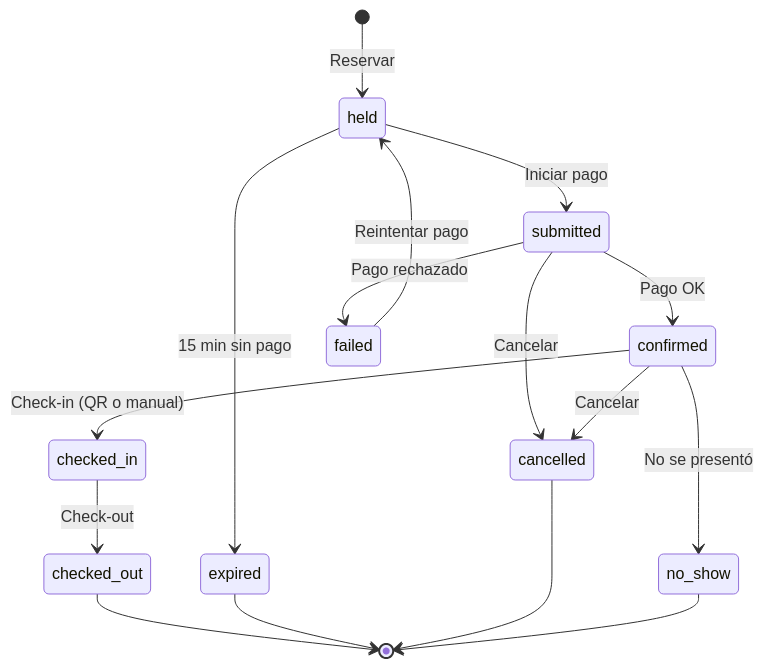
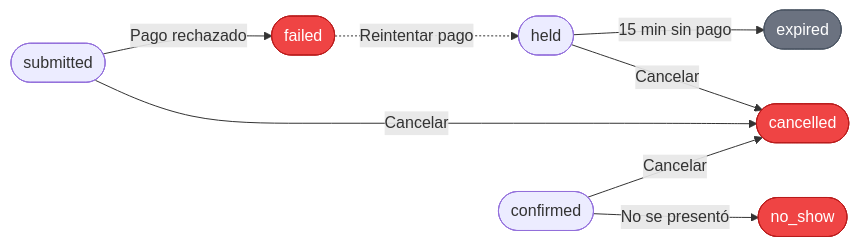
Before and after one commit to camila1973/Proyecto-final-grupo1: the second of 2 diagrams in docs/user-guide/03-traveler-features.md, drawn with Mermaid. The commit also changed other lines of this file and 1 other file, not shown here.

Commit message:
docs(user-guide): mejorar diagramas de estado de reservas
Reemplazar stateDiagram-v2 por flowchart LR en dos diagramas. El
auto-layout del state diagram producía cruces de líneas y nodos
desordenados con tantos estados terminales. La nueva versión separa
camino feliz vs. salidas alternativas y aplica colores semánticos
(verde · rojo · gris).

````diff
--- a/docs/user-guide/03-traveler-features.md
+++ b/docs/user-guide/03-traveler-features.md
@@ -73,19 +88,15 @@
 ```mermaid
-stateDiagram-v2
-    [*] --> held: Reservar
-    held --> submitted: Iniciar pago
-    held --> expired: 15 min sin pago
-    submitted --> confirmed: Pago OK
-    submitted --> failed: Pago rechazado
-    submitted --> cancelled: Cancelar
-    failed --> held: Reintentar pago
-    confirmed --> checked_in: Check-in (QR o manual)
-    confirmed --> cancelled: Cancelar
-    confirmed --> no_show: No se presentó
-    checked_in --> checked_out: Check-out
+flowchart LR
+    held([held]) -->|15 min sin pago| expired([expired])
+    held -->|Cancelar| cancelled([cancelled])
+    submitted([submitted]) -->|Pago rechazado| failed([failed])
+    submitted -->|Cancelar| cancelled
+    failed -.->|Reintentar pago| held
+    confirmed([confirmed]) -->|Cancelar| cancelled
+    confirmed -->|No se presentó| no_show([no_show])
 
-    checked_out --> [*]
-    expired --> [*]
-    cancelled --> [*]
-    no_show --> [*]
+    classDef sad fill:#ef4444,stroke:#b91c1c,color:#fff
+    classDef neutral fill:#6b7280,stroke:#4b5563,color:#fff
+    class failed,cancelled,no_show sad
+    class expired neutral
 ```
````
